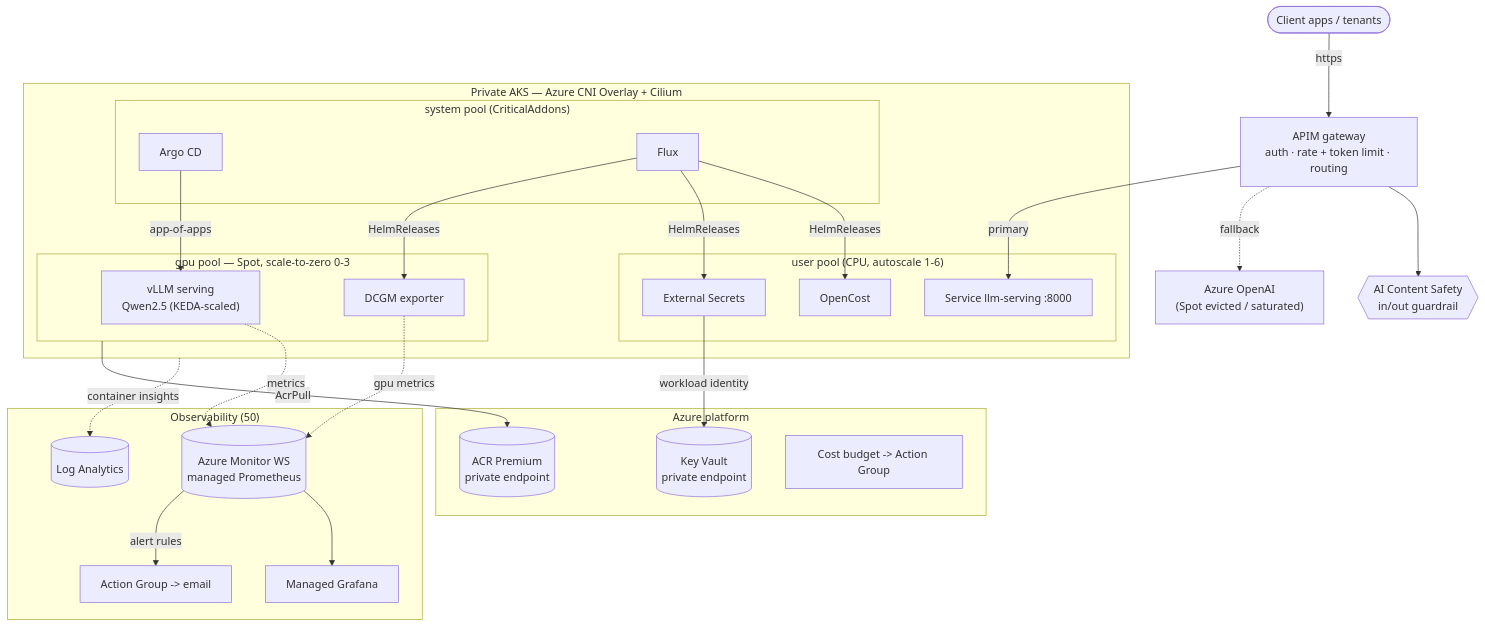
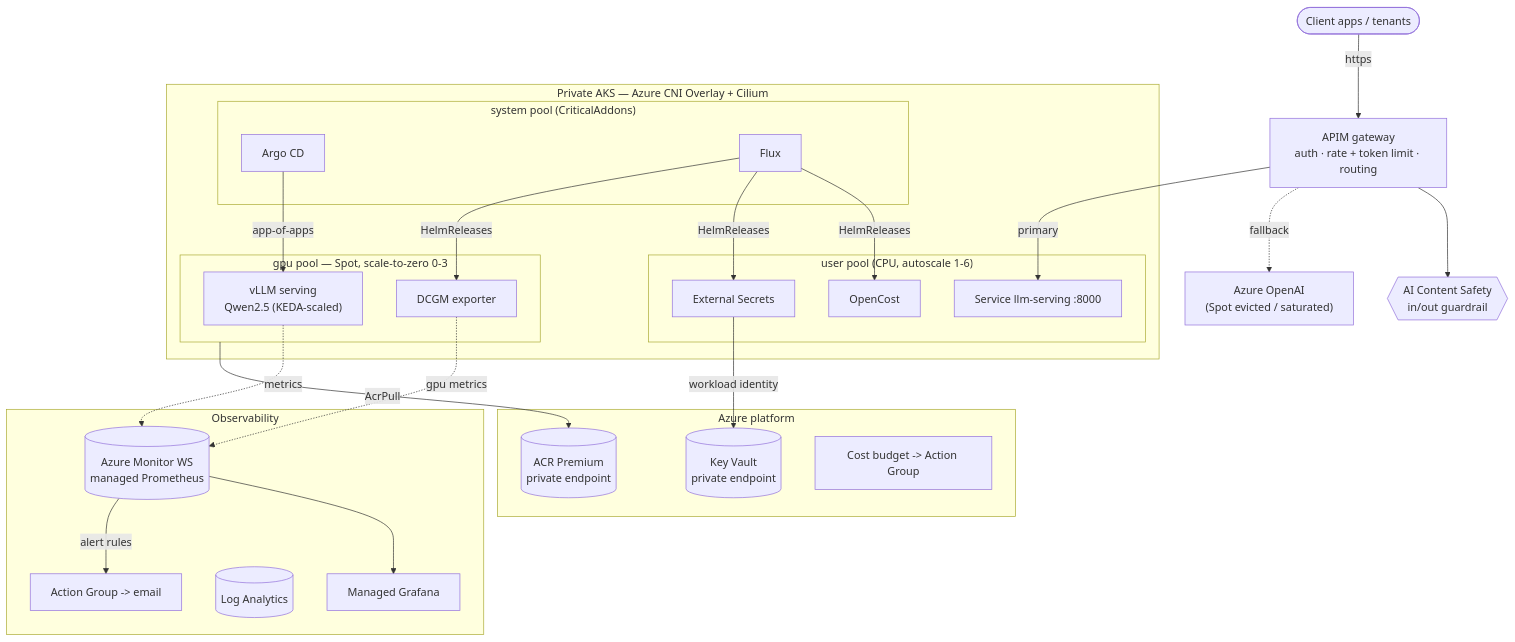
One commit to adminless-io/aks-llm-platform changed the diagram in README.md. Above: the diagram before and after it, drawn with Mermaid. The commit also changed other lines of this file and 18 other files, not shown here.

````diff
--- a/README.md
+++ b/README.md
@@ -15,46 +75,45 @@
 ```mermaid
 flowchart TB
   dev(["Client apps / tenants"]) -- https --> apim["APIM gateway<br/>auth · rate + token limit · routing"]
   apim --> csafe{{"AI Content Safety<br/>in/out guardrail"}}
   apim -- primary --> svc["Service llm-serving :8000"]
   apim -. fallback .-> aoai["Azure OpenAI<br/>(Spot evicted / saturated)"]
 
   subgraph aks["Private AKS — Azure CNI Overlay + Cilium"]
     subgraph sys["system pool (CriticalAddons)"]
       argo["Argo CD"]
       flux["Flux"]
     end
     subgraph usr["user pool (CPU, autoscale 1-6)"]
       svc
       oc["OpenCost"]
       eso["External Secrets"]
     end
     subgraph gpu["gpu pool — Spot, scale-to-zero 0-3"]
       vllm["vLLM serving<br/>Qwen2.5 (KEDA-scaled)"]
       dcgm["DCGM exporter"]
     end
   end
 
   argo -- app-of-apps --> vllm
   flux -- HelmReleases --> oc & eso & dcgm
 
-  subgraph obs["Observability (50)"]
+  subgraph obs["Observability"]
     amw[("Azure Monitor WS<br/>managed Prometheus")]
     graf["Managed Grafana"]
     law[("Log Analytics")]
     ag["Action Group -> email"]
   end
   vllm -. metrics .-> amw
   dcgm -. gpu metrics .-> amw
   amw --> graf
   amw -- alert rules --> ag
-  aks -. container insights .-> law
 
   subgraph azr["Azure platform"]
     kv[("Key Vault<br/>private endpoint")]
     acr[("ACR Premium<br/>private endpoint")]
     bud["Cost budget -> Action Group"]
   end
   eso -- workload identity --> kv
   gpu -- AcrPull --> acr
 ```
````
